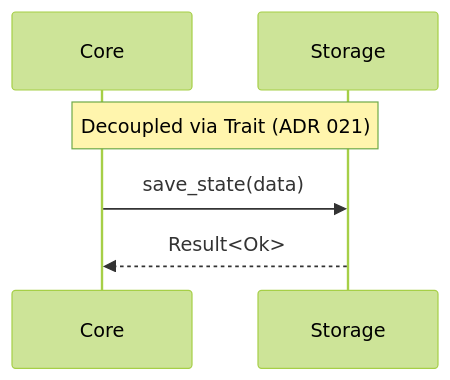
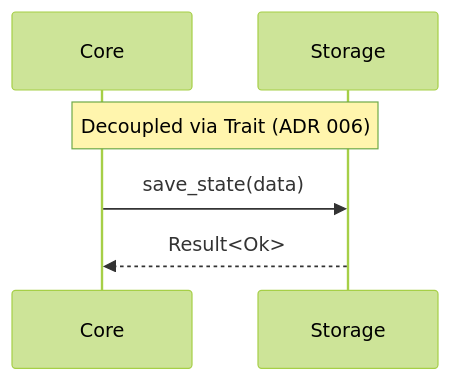
Before and after one commit to madmax983/skunkworks: diagram 17 of 18 in docs/architecture.md, drawn with Mermaid (forest theme). The commit also changed other lines of this file and 3 other files, not shown here.

First line of the commit message:
docs: Enforce Architectural Transparency (Sovereignty ADR & Storage Cleanup)

````diff
--- a/docs/architecture.md
+++ b/docs/architecture.md
@@ -433,9 +433,9 @@
 ```mermaid
 sequenceDiagram
     participant C as Core
     participant S as Storage
 
-    Note over C,S: Decoupled via Trait (ADR 021)
+    Note over C,S: Decoupled via Trait (ADR 006)
     C->>S: save_state(data)
     S-->>C: Result<Ok>
 ```
````
